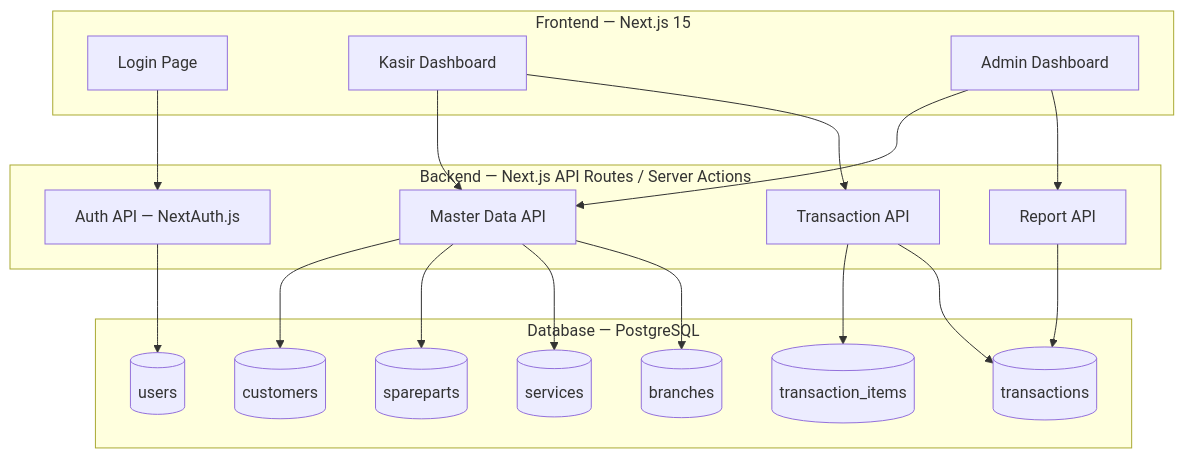
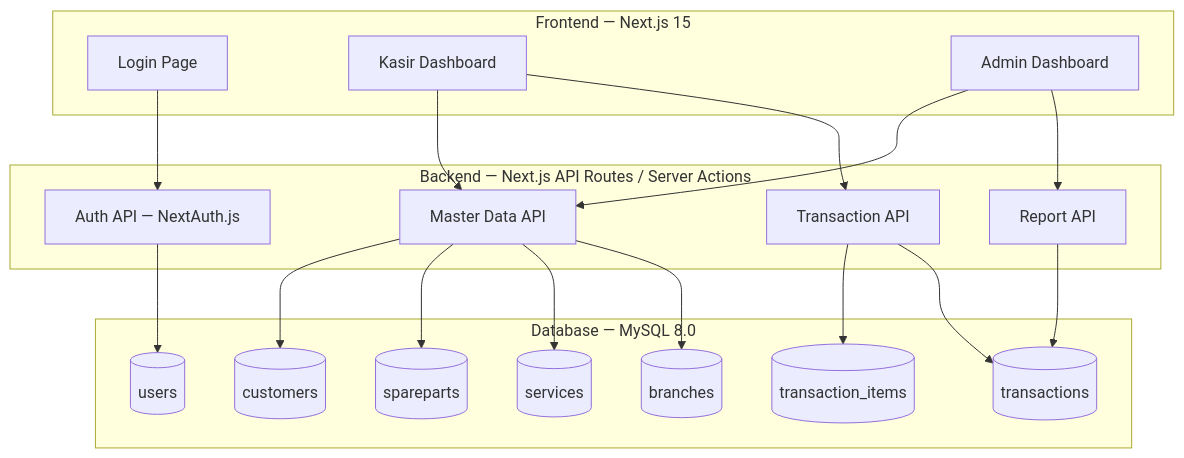
The first of 4 diagrams in implementation_plan.md (kruzx95/kasir-bengkel), drawn with Mermaid before and after one commit. The commit also changed other lines of this file and 8 other files, not shown here.

Commit message:
chore: migrate database to MySQL and update service/sparepart creation logic to propagate across all branches

````diff
--- a/implementation_plan.md
+++ b/implementation_plan.md
@@ -22,39 +22,39 @@
 ```mermaid
 graph TB
     subgraph "Frontend — Next.js 15"
         A[Login Page]
         B[Kasir Dashboard]
         C[Admin Dashboard]
     end
 
     subgraph "Backend — Next.js API Routes / Server Actions"
         D[Auth API — NextAuth.js]
         E[Transaction API]
         F[Report API]
         G[Master Data API]
     end
 
-    subgraph "Database — PostgreSQL"
+    subgraph "Database — MySQL 8.0"
         H[(branches)]
         I[(users)]
         J[(transactions)]
         K[(transaction_items)]
         L[(services)]
         M[(spareparts)]
         N[(customers)]
     end
 
     A --> D
     B --> E
     B --> G
     C --> F
     C --> G
     D --> I
     E --> J
     E --> K
     F --> J
     G --> H
     G --> L
     G --> M
     G --> N
 ```
````
